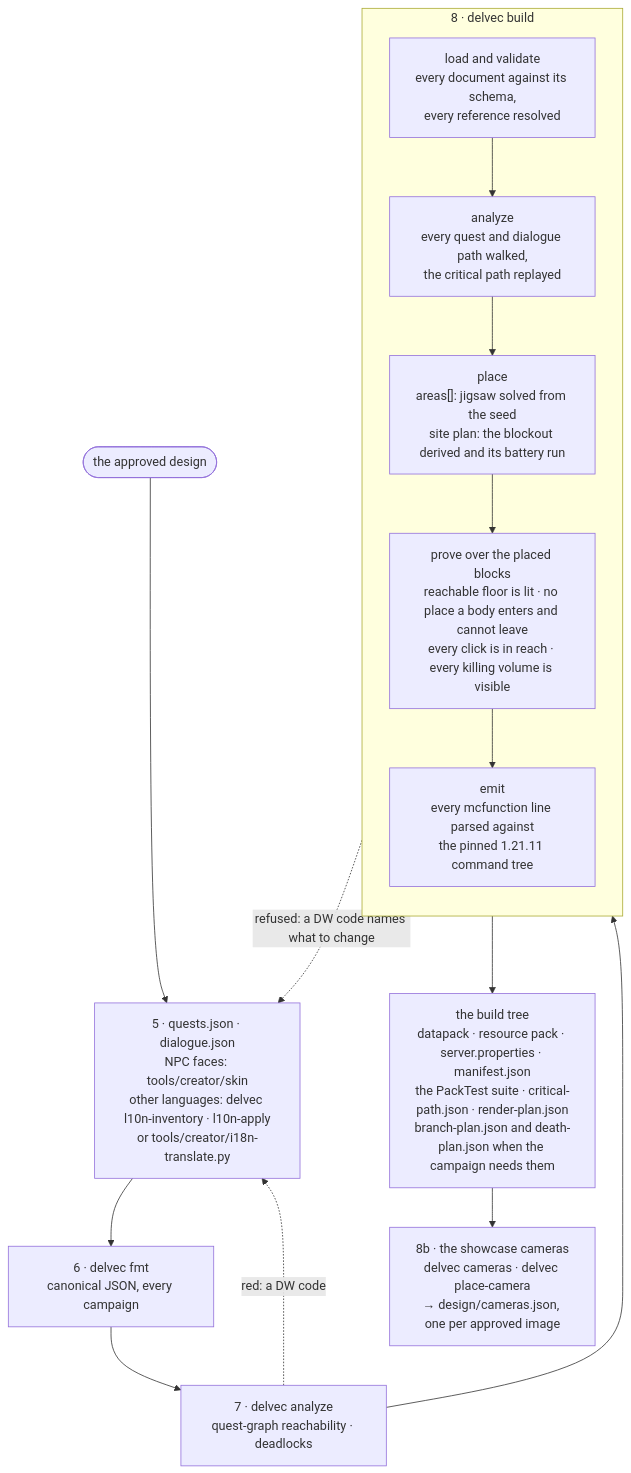
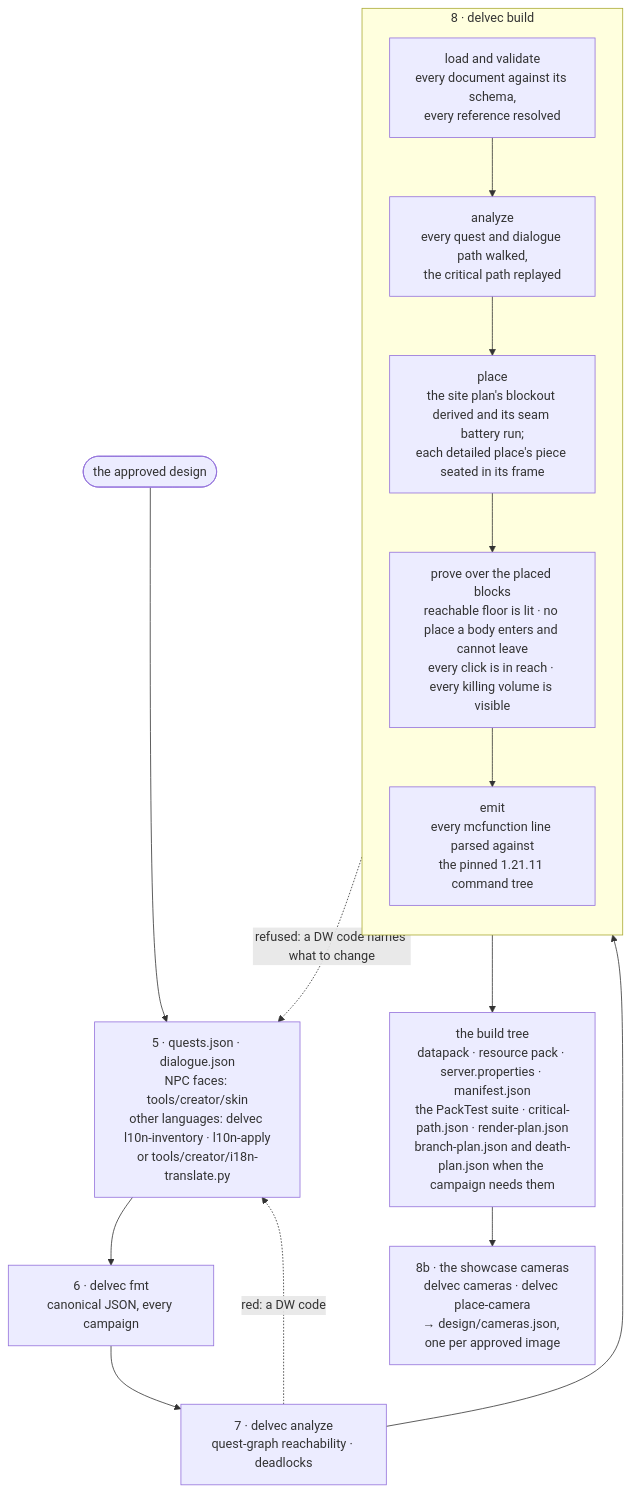
Before and after one commit to stellarfeline/delvewright: the fourth of 9 diagrams in docs/how-it-works.md, drawn with Mermaid. The commit also changed other lines of this file and 1 other file, not shown here.

First line of the commit message:
docs(how-it-works): every map is a site plan (ADR-0032)

````diff
--- a/docs/how-it-works.md
+++ b/docs/how-it-works.md
@@ -88,21 +85,21 @@
 ```mermaid
 flowchart TD
     DJ(["the approved design"]) --> C5["5 · quests.json · dialogue.json<br/>NPC faces: tools/creator/skin<br/>other languages: delvec l10n-inventory · l10n-apply<br/>or tools/creator/i18n-translate.py"]
     C5 --> FMT["6 · delvec fmt<br/>canonical JSON, every campaign"]
     FMT --> AN["7 · delvec analyze<br/>quest-graph reachability · deadlocks"]
     AN -.->|"red: a DW code"| C5
     AN --> BUILD
 
     subgraph BUILD ["8 · delvec build"]
         direction TB
         B1["load and validate<br/>every document against its schema,<br/>every reference resolved"]
         B1 --> B2["analyze<br/>every quest and dialogue path walked,<br/>the critical path replayed"]
-        B2 --> B3["place<br/>areas[]: jigsaw solved from the seed<br/>site plan: the blockout derived and its battery run"]
+        B2 --> B3["place<br/>the site plan's blockout derived and its seam battery run;<br/>each detailed place's piece seated in its frame"]
         B3 --> B4["prove over the placed blocks<br/>reachable floor is lit · no place a body enters and cannot leave<br/>every click is in reach · every killing volume is visible"]
         B4 --> B5["emit<br/>every mcfunction line parsed against<br/>the pinned 1.21.11 command tree"]
     end
 
     BUILD -.->|"refused: a DW code names what to change"| C5
     BUILD --> OUT["the build tree<br/>datapack · resource pack · server.properties · manifest.json<br/>the PackTest suite · critical-path.json · render-plan.json<br/>branch-plan.json and death-plan.json when the campaign needs them"]
     OUT --> CAM["8b · the showcase cameras<br/>delvec cameras · delvec place-camera<br/>→ design/cameras.json, one per approved image"]
 ```
````
